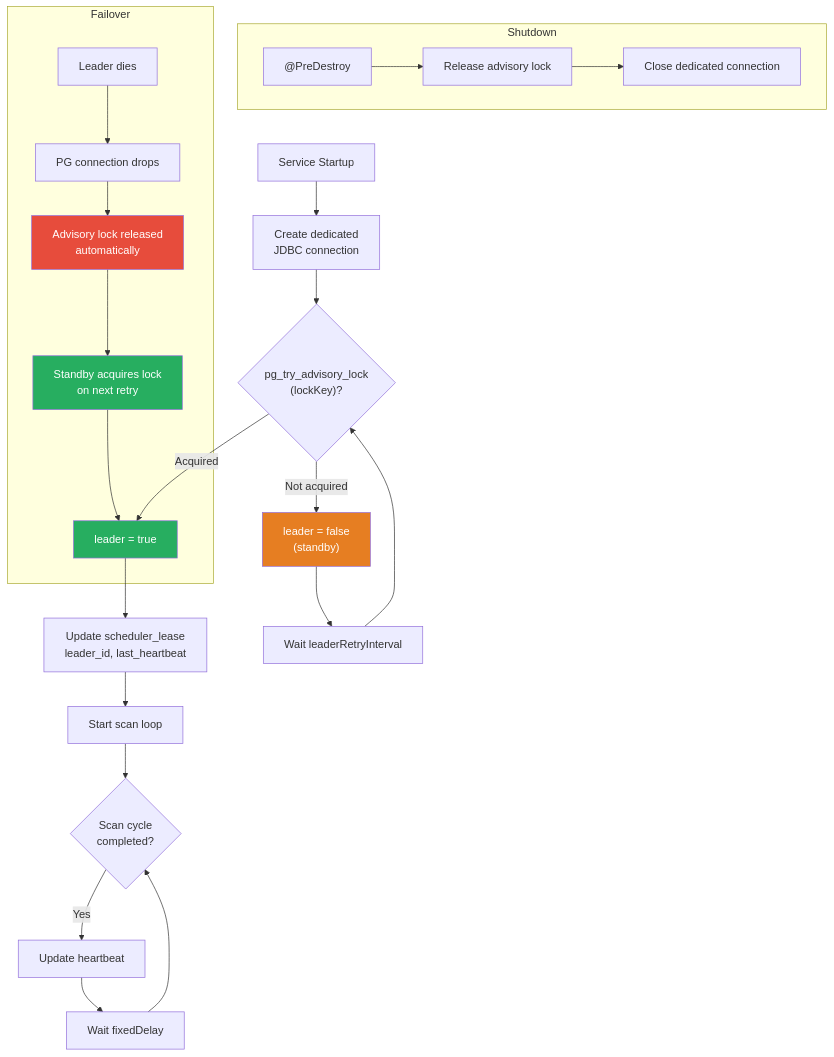
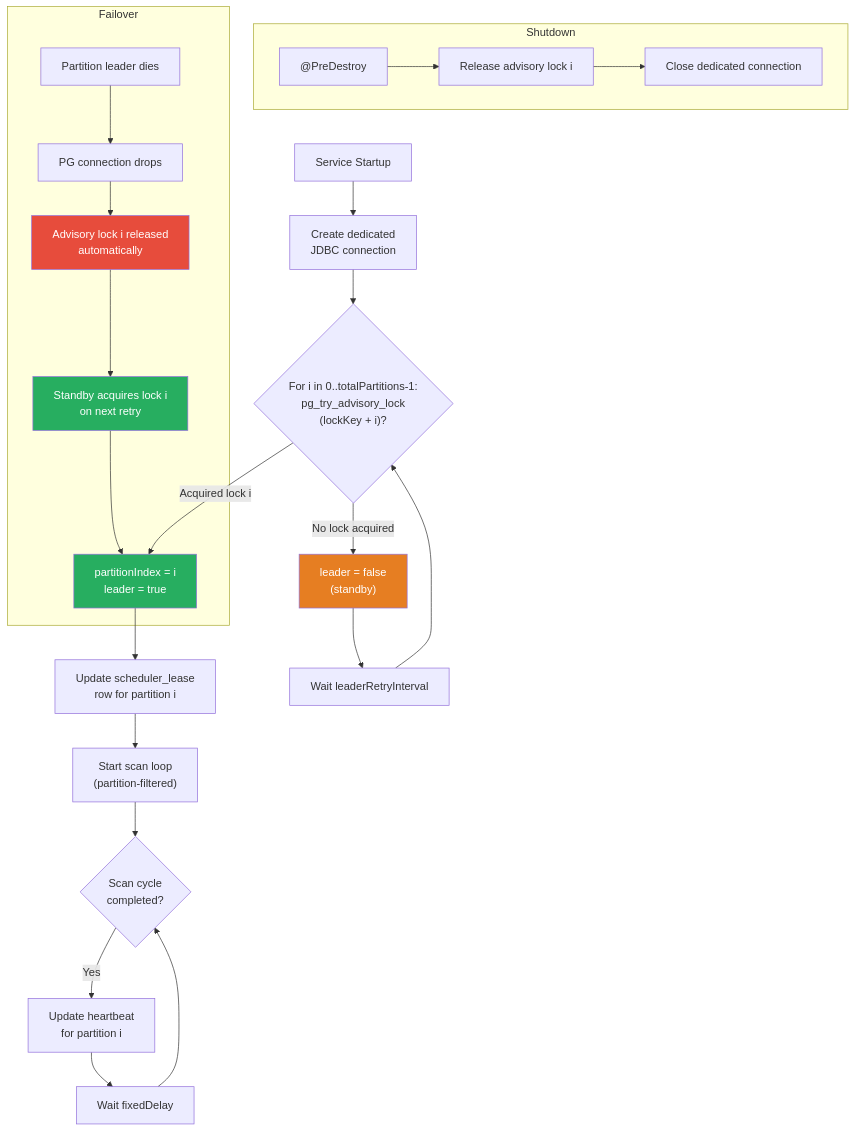
The second of 5 diagrams in docs/flow-diagrams.md (Jayaprakash8887/cce-scheduler-service), drawn with Mermaid before and after one commit. The commit also changed other lines of this file and 5 other files, not shown here.

````diff
--- a/docs/flow-diagrams.md
+++ b/docs/flow-diagrams.md
@@ -54,35 +54,35 @@
 ```mermaid
 flowchart TD
     A["Service Startup"] --> B["Create dedicated<br/>JDBC connection"]
-    B --> C{"pg_try_advisory_lock<br/>(lockKey)?"}
-    C -->|"Acquired"| D["leader = true"]
-    C -->|"Not acquired"| E["leader = false<br/>(standby)"]
+    B --> C{"For i in 0..totalPartitions-1:<br/>pg_try_advisory_lock<br/>(lockKey + i)?"}
+    C -->|"Acquired lock i"| D["partitionIndex = i<br/>leader = true"]
+    C -->|"No lock acquired"| E["leader = false<br/>(standby)"]
 
-    D --> F["Update scheduler_lease<br/>leader_id, last_heartbeat"]
-    F --> G["Start scan loop"]
+    D --> F["Update scheduler_lease<br/>row for partition i"]
+    F --> G["Start scan loop<br/>(partition-filtered)"]
 
     E --> H["Wait leaderRetryInterval"]
     H --> C
 
     G --> I{"Scan cycle<br/>completed?"}
-    I -->|"Yes"| J["Update heartbeat"]
+    I -->|"Yes"| J["Update heartbeat<br/>for partition i"]
     J --> K["Wait fixedDelay"]
     K --> I
 
     subgraph Shutdown
-        L["@PreDestroy"] --> M["Release advisory lock"]
+        L["@PreDestroy"] --> M["Release advisory lock i"]
         M --> N["Close dedicated connection"]
     end
 
     subgraph Failover
-        O["Leader dies"] --> P["PG connection drops"]
-        P --> Q["Advisory lock released<br/>automatically"]
-        Q --> R["Standby acquires lock<br/>on next retry"]
+        O["Partition leader dies"] --> P["PG connection drops"]
+        P --> Q["Advisory lock i released<br/>automatically"]
+        Q --> R["Standby acquires lock i<br/>on next retry"]
         R --> D
     end
 
     style D fill:#27AE60,color:white
     style E fill:#E67E22,color:white
     style Q fill:#E74C3C,color:white
     style R fill:#27AE60,color:white
 ```
````
